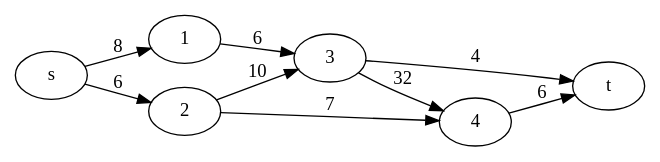
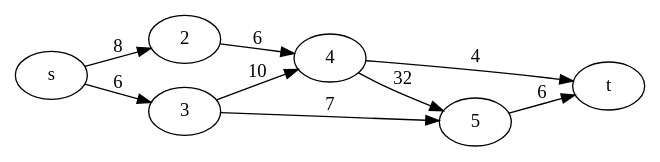
The diagram in flowtest.gv (Pafnaffan/Graph-projet-1), drawn with Graphviz before and after one commit. The commit also changed 2 other files, not shown here.

```diff
--- a/flowtest.gv
+++ b/flowtest.gv
@@ -1,11 +1,11 @@
 digraph flowNetwork {
     rankdir="LR"
-    s->1 [label=8,len=8]
-    s->2 [label=6,len=6]
-    1->3 [label=6,len=6]
-    2->3 [label=10,len=10]
-    2->4 [label=7,len=7]
-    3->4 [label=32,len=32]
-    3->t [label=4,len=4]
-    4->t [label=6,len=6]
+    s->2 [label=8,len=8]
+    s->3 [label=6,len=6]
+    2->4 [label=6,len=6]
+    3->4 [label=10,len=10]
+    3->5 [label=7,len=7]
+    4->5 [label=32,len=32]
+    4->t [label=4,len=4]
+    5->t [label=6,len=6]
 }
```
